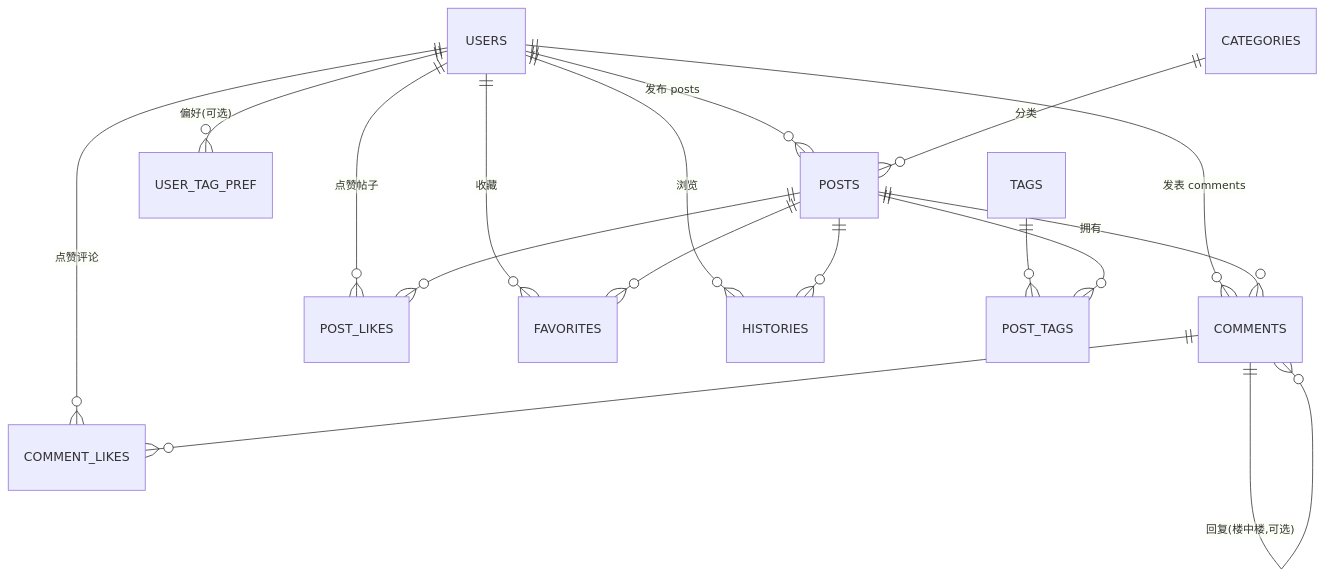
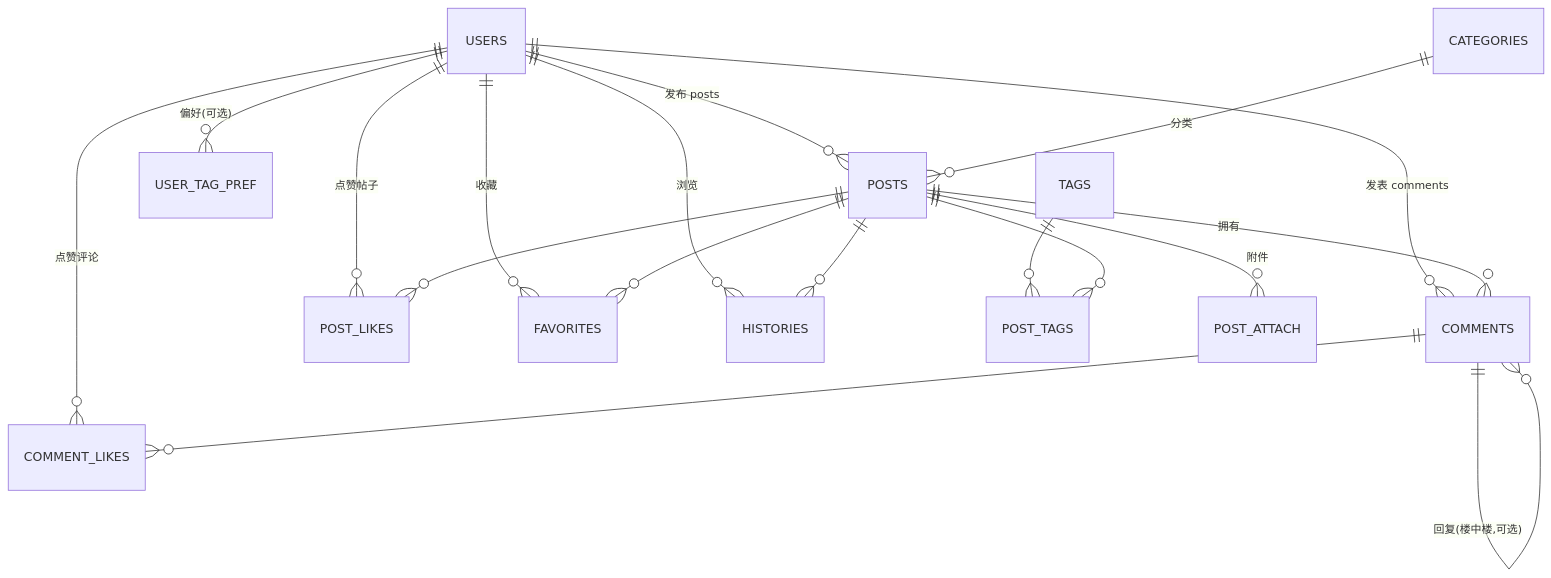
One commit to YangKunYi24320314/postingweb changed the diagram in devdocs/database-schema.md. Above: the diagram before and after it, drawn with Mermaid. The commit also changed other lines of this file and 4 other files, not shown here.

````diff
--- a/devdocs/database-schema.md
+++ b/devdocs/database-schema.md
@@ -8,21 +8,22 @@
 ```mermaid
 erDiagram
     USERS ||--o{ POSTS : "发布 posts"
     USERS ||--o{ COMMENTS : "发表 comments"
     USERS ||--o{ POST_LIKES : "点赞帖子"
     USERS ||--o{ COMMENT_LIKES : "点赞评论"
     USERS ||--o{ FAVORITES : "收藏"
     USERS ||--o{ HISTORIES : "浏览"
     USERS ||--o{ USER_TAG_PREF : "偏好(可选)"
 
     CATEGORIES ||--o{ POSTS : "分类"
     TAGS ||--o{ POST_TAGS : ""
     POSTS ||--o{ POST_TAGS : ""
+    POSTS ||--o{ POST_ATTACH : "附件"
     POSTS ||--o{ COMMENTS : "拥有"
     POSTS ||--o{ POST_LIKES : ""
     POSTS ||--o{ FAVORITES : ""
     POSTS ||--o{ HISTORIES : ""
 
     COMMENTS ||--o{ COMMENTS : "回复(楼中楼,可选)"
     COMMENTS ||--o{ COMMENT_LIKES : ""
 ```
````
